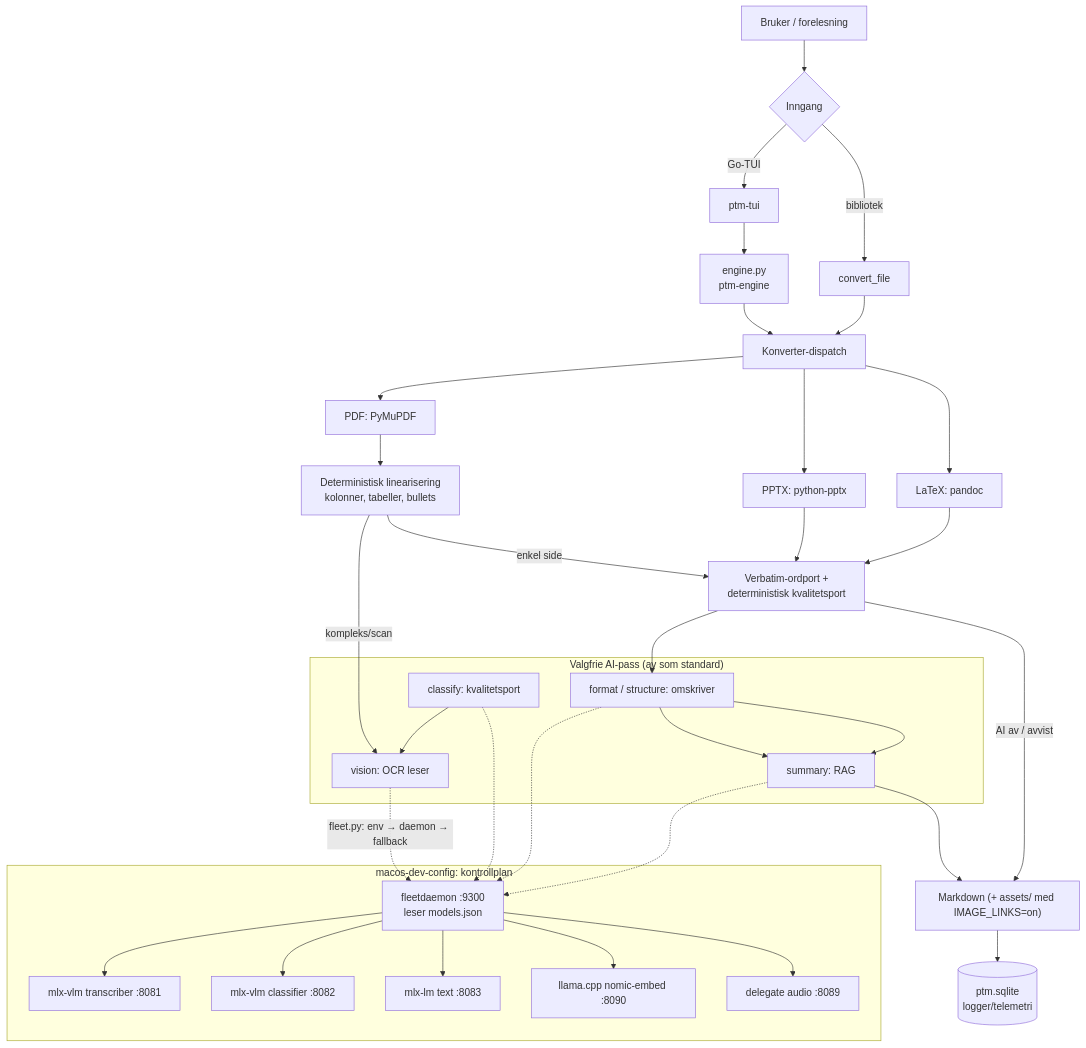
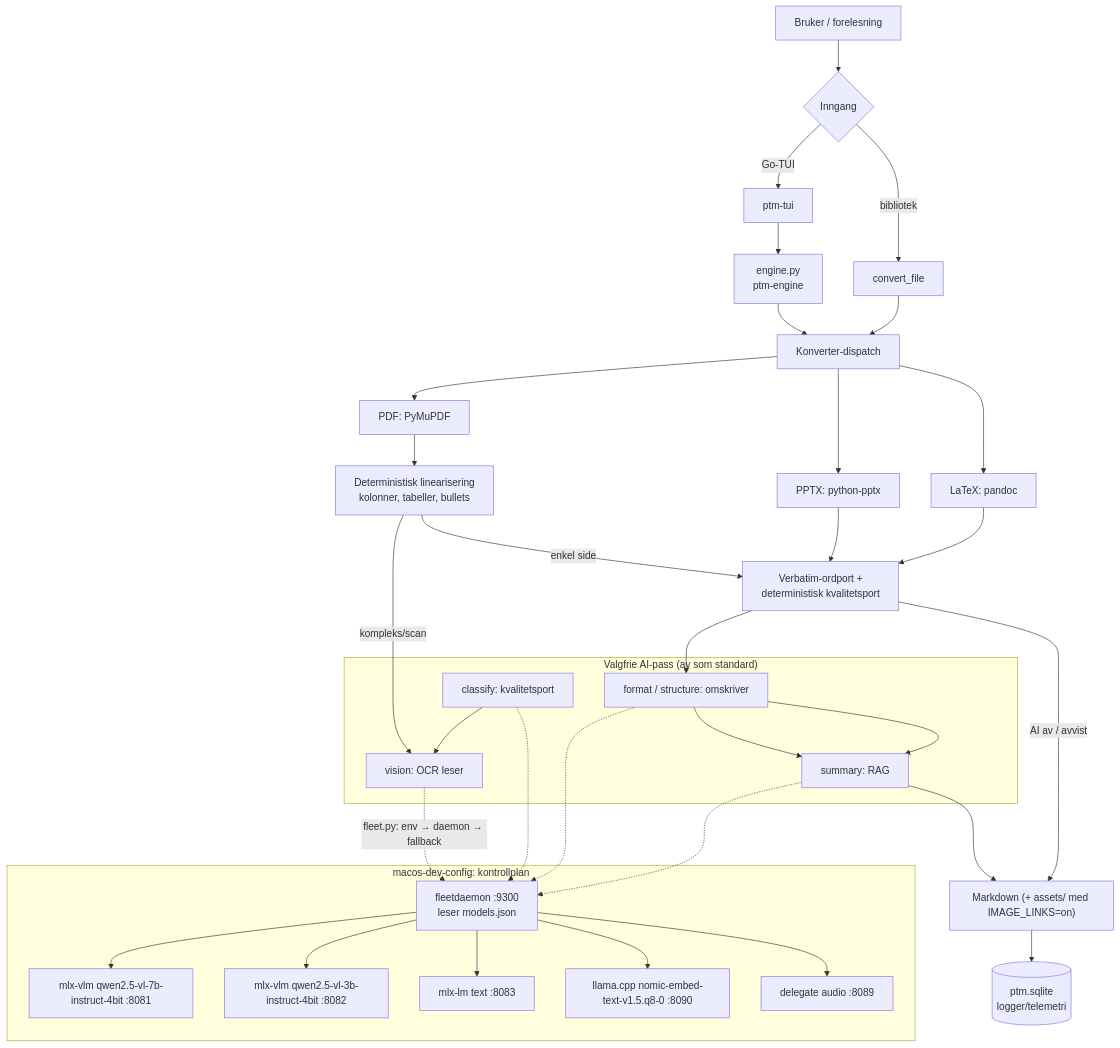
Before and after one commit to Snorre98/PresentationToMarkdown: the first of 2 diagrams in docs/presentasjon.md, drawn with Mermaid. The commit also changed other lines of this file and 22 other files, not shown here.

````diff
--- a/docs/presentasjon.md
+++ b/docs/presentasjon.md
@@ -60,46 +60,46 @@
 ```mermaid
 flowchart TD
     U[Bruker / forelesning] --> E{Inngang}
     E -->|Go-TUI| TUI[ptm-tui]
     E -->|bibliotek| API[convert_file]
 
     TUI --> ENG[engine.py<br/>ptm-engine]
     ENG --> DISP
     API --> DISP
 
     DISP[Konverter-dispatch] --> PPTX[PPTX: python-pptx]
     DISP --> PDF[PDF: PyMuPDF]
     DISP --> TEX[LaTeX: pandoc]
 
     PDF --> DET[Deterministisk linearisering<br/>kolonner, tabeller, bullets]
     DET -->|enkel side| GATE
     DET -->|kompleks/scan| VIS
 
     PPTX --> GATE
     TEX --> GATE
 
     subgraph AI["Valgfrie AI-pass (av som standard)"]
         CLS[classify: kvalitetsport] --> VIS[vision: OCR leser]
         FMT[format / structure: omskriver] --> SUM[summary: RAG]
     end
 
     GATE[Verbatim-ordport +<br/>deterministisk kvalitetsport] --> FMT
     FMT --> SUM --> OUT["Markdown (+ assets/ med IMAGE_LINKS=on)"]
     GATE -->|AI av / avvist| OUT
 
     subgraph CP["macos-dev-config: kontrollplan"]
         FD[fleetdaemon :9300<br/>leser models.json]
-        FD --> M1[mlx-vlm transcriber :8081]
-        FD --> M2[mlx-vlm classifier :8082]
+        FD --> M1[mlx-vlm qwen2.5-vl-7b-instruct-4bit :8081]
+        FD --> M2[mlx-vlm qwen2.5-vl-3b-instruct-4bit :8082]
         FD --> M3[mlx-lm text :8083]
-        FD --> M4[llama.cpp nomic-embed :8090]
+        FD --> M4[llama.cpp nomic-embed-text-v1.5.q8-0 :8090]
         FD --> M5[delegate audio :8089]
     end
 
     VIS -.->|fleet.py: env → daemon → fallback| FD
     CLS -.-> FD
     FMT -.-> FD
     SUM -.-> FD
 
     OUT --> LOG[(ptm.sqlite<br/>logger/telemetri)]
 ```
````
